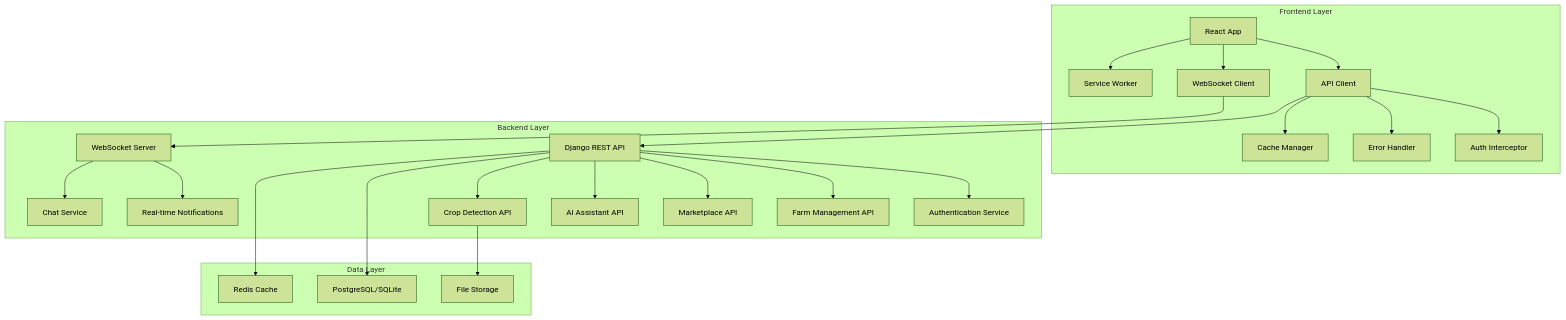
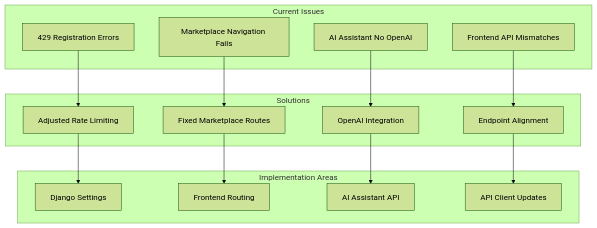
Before and after one commit to Mmabiaa/AgroBridge: the diagram in .kiro/specs/api-frontend-integration/design.md, drawn with Mermaid (forest theme). The commit also changed other lines of this file and 13 other files, not shown here.

Commit message:
Integrated OpenAI API for AI responses

````diff
--- a/.kiro/specs/api-frontend-integration/design.md
+++ b/.kiro/specs/api-frontend-integration/design.md
@@ -11,33 +11,28 @@
 ```mermaid
 graph TB
-    subgraph "Frontend Layer"
-        A[React App] --> B[API Client]
-        A --> C[WebSocket Client]
-        A --> D[Service Worker]
-        B --> E[Auth Interceptor]
-        B --> F[Error Handler]
-        B --> G[Cache Manager]
+    subgraph "Current Issues"
+        A[429 Registration Errors]
+        B[Marketplace Navigation Fails]
+        C[AI Assistant No OpenAI]
+        D[Frontend API Mismatches]
     end
     
-    subgraph "Backend Layer"
-        H[Django REST API] --> I[Authentication Service]
-        H --> J[Farm Management API]
-        H --> K[Marketplace API]
-        H --> L[AI Assistant API]
-        H --> M[Crop Detection API]
-        N[WebSocket Server] --> O[Real-time Notifications]
-        N --> P[Chat Service]
+    subgraph "Solutions"
+        E[Adjusted Rate Limiting]
+        F[Fixed Marketplace Routes]
+        G[OpenAI Integration]
+        H[Endpoint Alignment]
     end
     
-    subgraph "Data Layer"
-        Q[PostgreSQL/SQLite]
-        R[Redis Cache]
-        S[File Storage]
+    subgraph "Implementation Areas"
+        I[Django Settings]
+        J[Frontend Routing]
+        K[AI Assistant API]
+        L[API Client Updates]
     end
     
-    B --> H
-    C --> N
-    H --> Q
-    H --> R
-    M --> S
+    A --> E --> I
+    B --> F --> J
+    C --> G --> K
+    D --> H --> L
 ```
````
